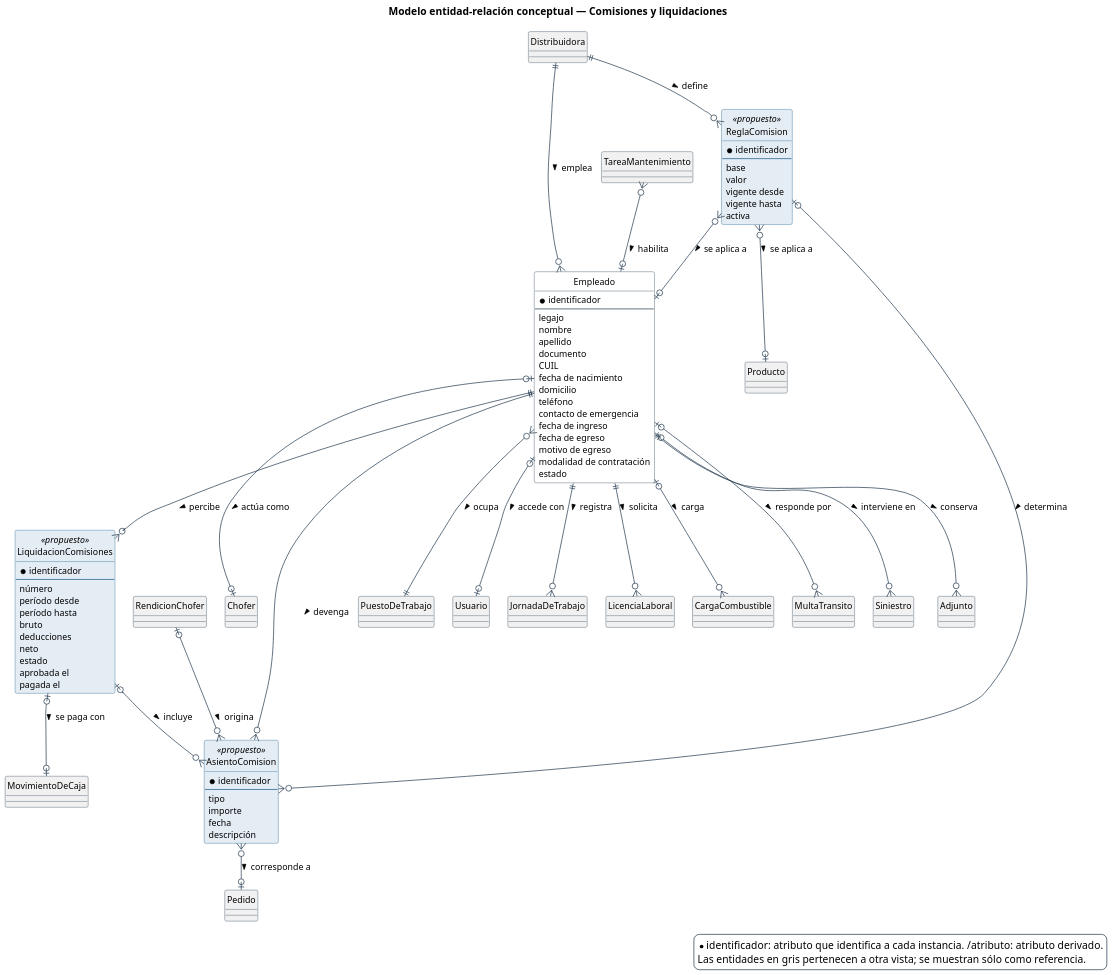
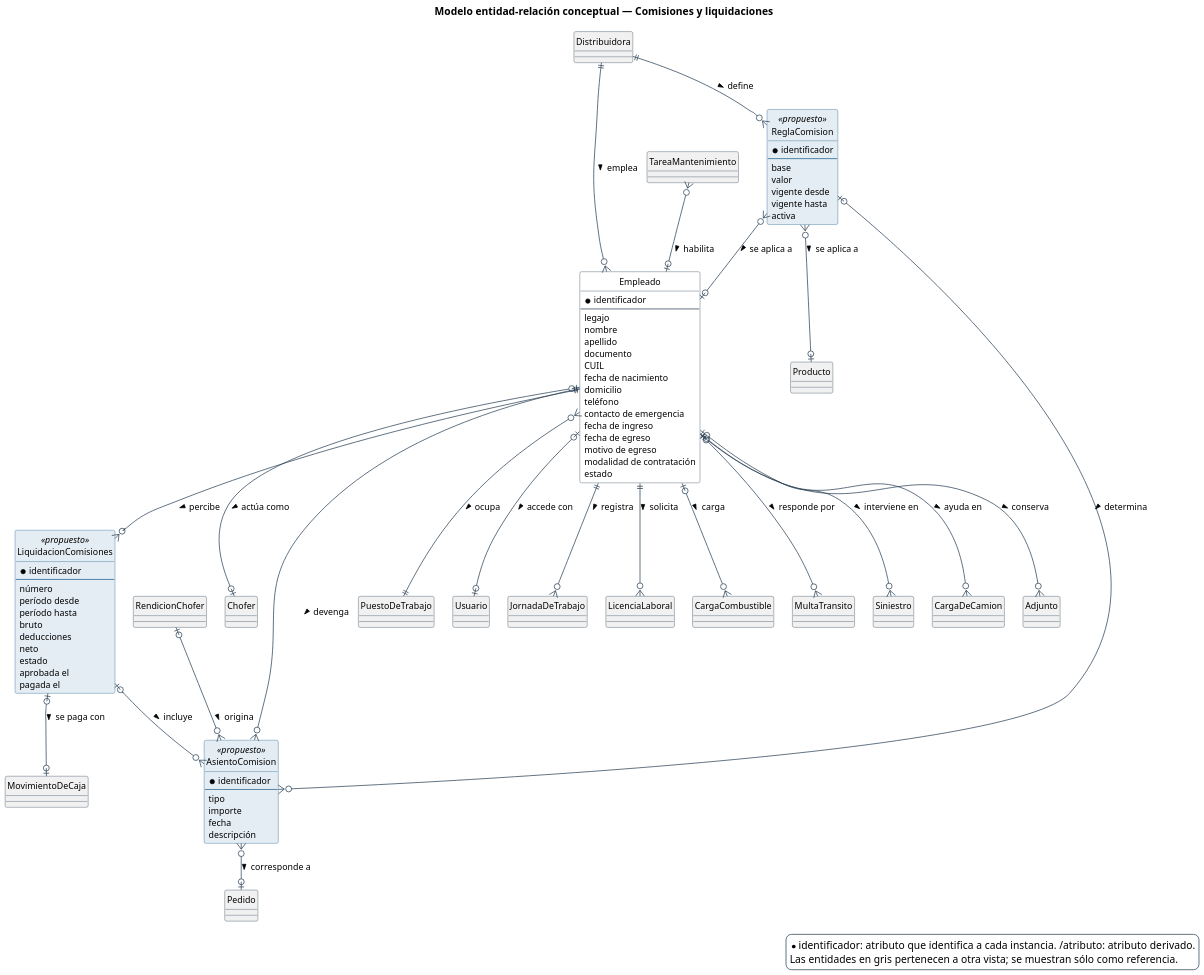
Before and after one commit to Nahuelito-Dev/splg-docs: the diagram in diagramas/base-de-datos/conceptual/SPLG-der-15-comisiones-y-liquidaciones.puml, drawn with PlantUML. The commit also changed 389 other files, not shown here.

First line of the commit message:
docs(camion): carga del camión implementada (CU-289 a CU-291), modelos en draw.io y fuera Lucidchart

```diff
--- a/diagramas/base-de-datos/conceptual/SPLG-der-15-comisiones-y-liquidaciones.puml
+++ b/diagramas/base-de-datos/conceptual/SPLG-der-15-comisiones-y-liquidaciones.puml
@@ -1,140 +1,143 @@
 @startuml
 title Modelo entidad-relación conceptual — Comisiones y liquidaciones
 skinparam backgroundColor #FFFFFF
 skinparam shadowing false
 skinparam defaultFontName Helvetica
 skinparam defaultFontSize 12
 skinparam dpi 150
 skinparam class {
   BorderColor #2C4257
   BackgroundColor #FFFFFF
   ArrowColor #2C4257
   FontSize 12
 }
 skinparam entity<<ajena>> {
   BackgroundColor #F1F1F1
   BorderColor #8A97A3
   FontColor #55616C
 }
 skinparam class<<propuesto>> {
   BorderColor #1F5E8C
   BackgroundColor #E4EDF4
 }
 skinparam entity<<propuesto>> {
   BorderColor #1F5E8C
   BackgroundColor #E4EDF4
 }
 skinparam legendBackgroundColor #FFFFFF
 skinparam legendBorderColor #2C4257
 
 hide circle
 
 skinparam nodesep 25
 skinparam ranksep 45
 
 entity Empleado {
   * identificador
   --
   {field} legajo
   {field} nombre
   {field} apellido
   {field} documento
   {field} CUIL
   {field} fecha de nacimiento
   {field} domicilio
   {field} teléfono
   {field} contacto de emergencia
   {field} fecha de ingreso
   {field} fecha de egreso
   {field} motivo de egreso
   {field} modalidad de contratación
   {field} estado
 }
 entity ReglaComision <<propuesto>> #E4EDF4;line:1F5E8C {
   * identificador
   --
   {field} base
   {field} valor
   {field} vigente desde
   {field} vigente hasta
   {field} activa
 }
 entity AsientoComision <<propuesto>> #E4EDF4;line:1F5E8C {
   * identificador
   --
   {field} tipo
   {field} importe
   {field} fecha
   {field} descripción
 }
 entity LiquidacionComisiones <<propuesto>> #E4EDF4;line:1F5E8C {
   * identificador
   --
   {field} número
   {field} período desde
   {field} período hasta
   {field} bruto
   {field} deducciones
   {field} neto
   {field} estado
   {field} aprobada el
   {field} pagada el
 }
 entity Chofer #F1F1F1 {
 }
 entity Producto #F1F1F1 {
 }
 entity Pedido #F1F1F1 {
 }
 entity MovimientoDeCaja #F1F1F1 {
 }
 entity Distribuidora #F1F1F1 {
 }
 entity RendicionChofer #F1F1F1 {
 }
 entity PuestoDeTrabajo #F1F1F1 {
 }
 entity Usuario #F1F1F1 {
 }
 entity JornadaDeTrabajo #F1F1F1 {
 }
 entity LicenciaLaboral #F1F1F1 {
 }
 entity CargaCombustible #F1F1F1 {
 }
 entity TareaMantenimiento #F1F1F1 {
 }
 entity MultaTransito #F1F1F1 {
 }
 entity Siniestro #F1F1F1 {
 }
+entity CargaDeCamion #F1F1F1 {
+}
 entity Adjunto #F1F1F1 {
 }
 
 Distribuidora ||--o{ Empleado : emplea >
 Empleado }o--|| PuestoDeTrabajo : ocupa >
 Empleado |o--o| Usuario : accede con >
 Distribuidora ||--o{ ReglaComision : define >
 ReglaComision }o--o| Empleado : se aplica a >
 ReglaComision }o--o| Producto : se aplica a >
 Empleado ||--o{ JornadaDeTrabajo : registra >
 Empleado ||--o{ LicenciaLaboral : solicita >
 Empleado |o--o{ CargaCombustible : carga >
 TareaMantenimiento }o--o| Empleado : habilita >
 Empleado |o--o{ MultaTransito : responde por >
 Empleado |o--o{ Siniestro : interviene en >
 Empleado ||--o{ LiquidacionComisiones : percibe >
 LiquidacionComisiones |o--o| MovimientoDeCaja : se paga con >
+Empleado |o--o{ CargaDeCamion : ayuda en >
 Empleado ||--o{ AsientoComision : devenga >
 AsientoComision }o--o| Pedido : corresponde a >
 ReglaComision |o--o{ AsientoComision : determina >
 RendicionChofer |o--o{ AsientoComision : origina >
 LiquidacionComisiones |o--o{ AsientoComision : incluye >
 Empleado ||--o{ Adjunto : conserva >
 Empleado |o--o| Chofer : actúa como >
 
 legend bottom right
   * identificador: atributo que identifica a cada instancia.  /atributo: atributo derivado.
   Las entidades en gris pertenecen a otra vista; se muestran sólo como referencia.
 endlegend
 @enduml
```
